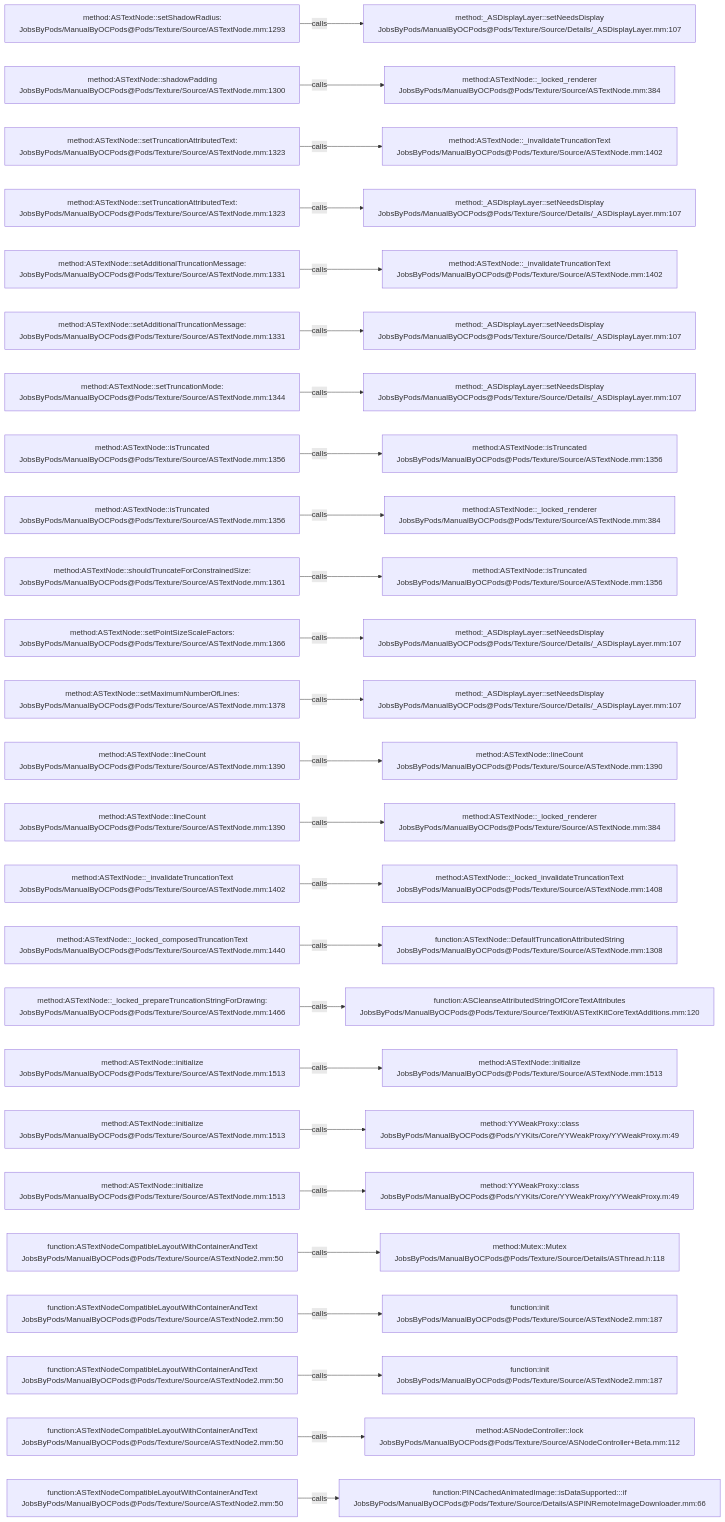
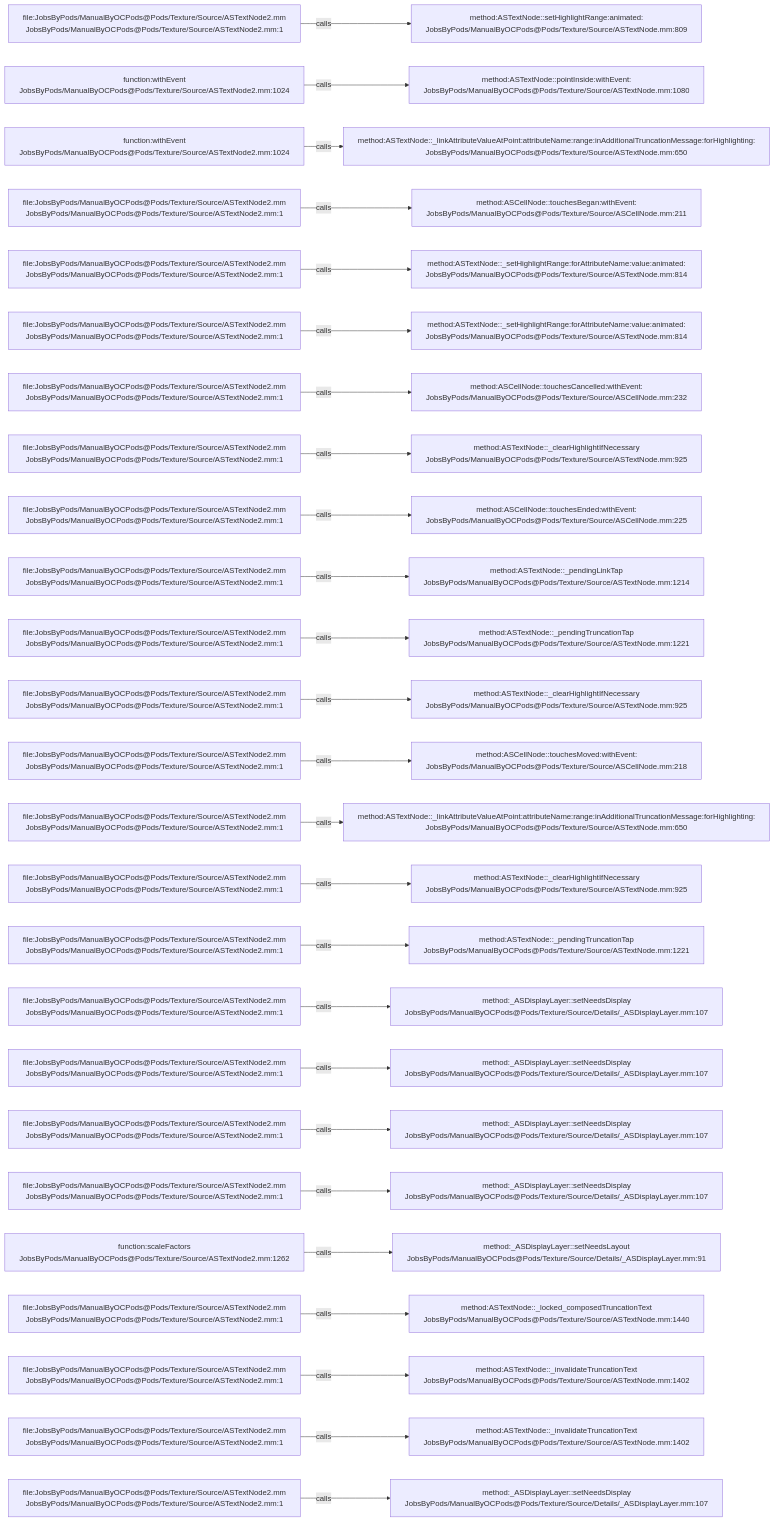
Before and after one commit to JobsKits/JobsOCBaseConfigDemo: the diagram in .codegraph/codegraph.md/graphs/calls-139.md, drawn with Mermaid. The commit also changed 1353 other files, not shown here.

````diff
--- a/.codegraph/codegraph.md/graphs/calls-139.md
+++ b/.codegraph/codegraph.md/graphs/calls-139.md
@@ -13,78 +13,78 @@
 ```mermaid
 flowchart LR
-  S1["method:ASTextNode::setShadowRadius:<br/>JobsByPods/ManualByOCPods@Pods/Texture/Source/ASTextNode.mm:1293"]
-  T1["method:_ASDisplayLayer::setNeedsDisplay<br/>JobsByPods/ManualByOCPods@Pods/Texture/Source/Details/_ASDisplayLayer.mm:107"]
+  S1["file:JobsByPods/ManualByOCPods@Pods/Texture/Source/ASTextNode2.mm<br/>JobsByPods/ManualByOCPods@Pods/Texture/Source/ASTextNode2.mm:1"]
+  T1["method:ASTextNode::setHighlightRange:animated:<br/>JobsByPods/ManualByOCPods@Pods/Texture/Source/ASTextNode.mm:809"]
   S1 -->|calls| T1
-  S2["method:ASTextNode::shadowPadding<br/>JobsByPods/ManualByOCPods@Pods/Texture/Source/ASTextNode.mm:1300"]
-  T2["method:ASTextNode::_locked_renderer<br/>JobsByPods/ManualByOCPods@Pods/Texture/Source/ASTextNode.mm:384"]
+  S2["function:withEvent<br/>JobsByPods/ManualByOCPods@Pods/Texture/Source/ASTextNode2.mm:1024"]
+  T2["method:ASTextNode::pointInside:withEvent:<br/>JobsByPods/ManualByOCPods@Pods/Texture/Source/ASTextNode.mm:1080"]
   S2 -->|calls| T2
-  S3["method:ASTextNode::setTruncationAttributedText:<br/>JobsByPods/ManualByOCPods@Pods/Texture/Source/ASTextNode.mm:1323"]
-  T3["method:ASTextNode::_invalidateTruncationText<br/>JobsByPods/ManualByOCPods@Pods/Texture/Source/ASTextNode.mm:1402"]
+  S3["function:withEvent<br/>JobsByPods/ManualByOCPods@Pods/Texture/Source/ASTextNode2.mm:1024"]
+  T3["method:ASTextNode::_linkAttributeValueAtPoint:attributeName:range:inAdditionalTruncationMessage:forHighlighting:<br/>JobsByPods/ManualByOCPods@Pods/Texture/Source/ASTextNode.mm:650"]
   S3 -->|calls| T3
-  S4["method:ASTextNode::setTruncationAttributedText:<br/>JobsByPods/ManualByOCPods@Pods/Texture/Source/ASTextNode.mm:1323"]
-  T4["method:_ASDisplayLayer::setNeedsDisplay<br/>JobsByPods/ManualByOCPods@Pods/Texture/Source/Details/_ASDisplayLayer.mm:107"]
+  S4["file:JobsByPods/ManualByOCPods@Pods/Texture/Source/ASTextNode2.mm<br/>JobsByPods/ManualByOCPods@Pods/Texture/Source/ASTextNode2.mm:1"]
+  T4["method:ASCellNode::touchesBegan:withEvent:<br/>JobsByPods/ManualByOCPods@Pods/Texture/Source/ASCellNode.mm:211"]
   S4 -->|calls| T4
-  S5["method:ASTextNode::setAdditionalTruncationMessage:<br/>JobsByPods/ManualByOCPods@Pods/Texture/Source/ASTextNode.mm:1331"]
-  T5["method:ASTextNode::_invalidateTruncationText<br/>JobsByPods/ManualByOCPods@Pods/Texture/Source/ASTextNode.mm:1402"]
+  S5["file:JobsByPods/ManualByOCPods@Pods/Texture/Source/ASTextNode2.mm<br/>JobsByPods/ManualByOCPods@Pods/Texture/Source/ASTextNode2.mm:1"]
+  T5["method:ASTextNode::_setHighlightRange:forAttributeName:value:animated:<br/>JobsByPods/ManualByOCPods@Pods/Texture/Source/ASTextNode.mm:814"]
   S5 -->|calls| T5
-  S6["method:ASTextNode::setAdditionalTruncationMessage:<br/>JobsByPods/ManualByOCPods@Pods/Texture/Source/ASTextNode.mm:1331"]
-  T6["method:_ASDisplayLayer::setNeedsDisplay<br/>JobsByPods/ManualByOCPods@Pods/Texture/Source/Details/_ASDisplayLayer.mm:107"]
+  S6["file:JobsByPods/ManualByOCPods@Pods/Texture/Source/ASTextNode2.mm<br/>JobsByPods/ManualByOCPods@Pods/Texture/Source/ASTextNode2.mm:1"]
+  T6["method:ASTextNode::_setHighlightRange:forAttributeName:value:animated:<br/>JobsByPods/ManualByOCPods@Pods/Texture/Source/ASTextNode.mm:814"]
   S6 -->|calls| T6
-  S7["method:ASTextNode::setTruncationMode:<br/>JobsByPods/ManualByOCPods@Pods/Texture/Source/ASTextNode.mm:1344"]
-  T7["method:_ASDisplayLayer::setNeedsDisplay<br/>JobsByPods/ManualByOCPods@Pods/Texture/Source/Details/_ASDisplayLayer.mm:107"]
+  S7["file:JobsByPods/ManualByOCPods@Pods/Texture/Source/ASTextNode2.mm<br/>JobsByPods/ManualByOCPods@Pods/Texture/Source/ASTextNode2.mm:1"]
+  T7["method:ASCellNode::touchesCancelled:withEvent:<br/>JobsByPods/ManualByOCPods@Pods/Texture/Source/ASCellNode.mm:232"]
   S7 -->|calls| T7
-  S8["method:ASTextNode::isTruncated<br/>JobsByPods/ManualByOCPods@Pods/Texture/Source/ASTextNode.mm:1356"]
-  T8["method:ASTextNode::isTruncated<br/>JobsByPods/ManualByOCPods@Pods/Texture/Source/ASTextNode.mm:1356"]
+  S8["file:JobsByPods/ManualByOCPods@Pods/Texture/Source/ASTextNode2.mm<br/>JobsByPods/ManualByOCPods@Pods/Texture/Source/ASTextNode2.mm:1"]
+  T8["method:ASTextNode::_clearHighlightIfNecessary<br/>JobsByPods/ManualByOCPods@Pods/Texture/Source/ASTextNode.mm:925"]
   S8 -->|calls| T8
-  S9["method:ASTextNode::isTruncated<br/>JobsByPods/ManualByOCPods@Pods/Texture/Source/ASTextNode.mm:1356"]
-  T9["method:ASTextNode::_locked_renderer<br/>JobsByPods/ManualByOCPods@Pods/Texture/Source/ASTextNode.mm:384"]
+  S9["file:JobsByPods/ManualByOCPods@Pods/Texture/Source/ASTextNode2.mm<br/>JobsByPods/ManualByOCPods@Pods/Texture/Source/ASTextNode2.mm:1"]
+  T9["method:ASCellNode::touchesEnded:withEvent:<br/>JobsByPods/ManualByOCPods@Pods/Texture/Source/ASCellNode.mm:225"]
   S9 -->|calls| T9
-  S10["method:ASTextNode::shouldTruncateForConstrainedSize:<br/>JobsByPods/ManualByOCPods@Pods/Texture/Source/ASTextNode.mm:1361"]
-  T10["method:ASTextNode::isTruncated<br/>JobsByPods/ManualByOCPods@Pods/Texture/Source/ASTextNode.mm:1356"]
+  S10["file:JobsByPods/ManualByOCPods@Pods/Texture/Source/ASTextNode2.mm<br/>JobsByPods/ManualByOCPods@Pods/Texture/Source/ASTextNode2.mm:1"]
+  T10["method:ASTextNode::_pendingLinkTap<br/>JobsByPods/ManualByOCPods@Pods/Texture/Source/ASTextNode.mm:1214"]
   S10 -->|calls| T10
-  S11["method:ASTextNode::setPointSizeScaleFactors:<br/>JobsByPods/ManualByOCPods@Pods/Texture/Source/ASTextNode.mm:1366"]
-  T11["method:_ASDisplayLayer::setNeedsDisplay<br/>JobsByPods/ManualByOCPods@Pods/Texture/Source/Details/_ASDisplayLayer.mm:107"]
+  S11["file:JobsByPods/ManualByOCPods@Pods/Texture/Source/ASTextNode2.mm<br/>JobsByPods/ManualByOCPods@Pods/Texture/Source/ASTextNode2.mm:1"]
+  T11["method:ASTextNode::_pendingTruncationTap<br/>JobsByPods/ManualByOCPods@Pods/Texture/Source/ASTextNode.mm:1221"]
   S11 -->|calls| T11
-  S12["method:ASTextNode::setMaximumNumberOfLines:<br/>JobsByPods/ManualByOCPods@Pods/Texture/Source/ASTextNode.mm:1378"]
-  T12["method:_ASDisplayLayer::setNeedsDisplay<br/>JobsByPods/ManualByOCPods@Pods/Texture/Source/Details/_ASDisplayLayer.mm:107"]
+  S12["file:JobsByPods/ManualByOCPods@Pods/Texture/Source/ASTextNode2.mm<br/>JobsByPods/ManualByOCPods@Pods/Texture/Source/ASTextNode2.mm:1"]
+  T12["method:ASTextNode::_clearHighlightIfNecessary<br/>JobsByPods/ManualByOCPods@Pods/Texture/Source/ASTextNode.mm:925"]
   S12 -->|calls| T12
-  S13["method:ASTextNode::lineCount<br/>JobsByPods/ManualByOCPods@Pods/Texture/Source/ASTextNode.mm:1390"]
-  T13["method:ASTextNode::lineCount<br/>JobsByPods/ManualByOCPods@Pods/Texture/Source/ASTextNode.mm:1390"]
+  S13["file:JobsByPods/ManualByOCPods@Pods/Texture/Source/ASTextNode2.mm<br/>JobsByPods/ManualByOCPods@Pods/Texture/Source/ASTextNode2.mm:1"]
+  T13["method:ASCellNode::touchesMoved:withEvent:<br/>JobsByPods/ManualByOCPods@Pods/Texture/Source/ASCellNode.mm:218"]
   S13 -->|calls| T13
-  S14["method:ASTextNode::lineCount<br/>JobsByPods/ManualByOCPods@Pods/Texture/Source/ASTextNode.mm:1390"]
-  T14["method:ASTextNode::_locked_renderer<br/>JobsByPods/ManualByOCPods@Pods/Texture/Source/ASTextNode.mm:384"]
+  S14["file:JobsByPods/ManualByOCPods@Pods/Texture/Source/ASTextNode2.mm<br/>JobsByPods/ManualByOCPods@Pods/Texture/Source/ASTextNode2.mm:1"]
+  T14["method:ASTextNode::_linkAttributeValueAtPoint:attributeName:range:inAdditionalTruncationMessage:forHighlighting:<br/>JobsByPods/ManualByOCPods@Pods/Texture/Source/ASTextNode.mm:650"]
   S14 -->|calls| T14
-  S15["method:ASTextNode::_invalidateTruncationText<br/>JobsByPods/ManualByOCPods@Pods/Texture/Source/ASTextNode.mm:1402"]
-  T15["method:ASTextNode::_locked_invalidateTruncationText<br/>JobsByPods/ManualByOCPods@Pods/Texture/Source/ASTextNode.mm:1408"]
+  S15["file:JobsByPods/ManualByOCPods@Pods/Texture/Source/ASTextNode2.mm<br/>JobsByPods/ManualByOCPods@Pods/Texture/Source/ASTextNode2.mm:1"]
+  T15["method:ASTextNode::_clearHighlightIfNecessary<br/>JobsByPods/ManualByOCPods@Pods/Texture/Source/ASTextNode.mm:925"]
   S15 -->|calls| T15
-  S16["method:ASTextNode::_locked_composedTruncationText<br/>JobsByPods/ManualByOCPods@Pods/Texture/Source/ASTextNode.mm:1440"]
-  T16["function:ASTextNode::DefaultTruncationAttributedString<br/>JobsByPods/ManualByOCPods@Pods/Texture/Source/ASTextNode.mm:1308"]
+  S16["file:JobsByPods/ManualByOCPods@Pods/Texture/Source/ASTextNode2.mm<br/>JobsByPods/ManualByOCPods@Pods/Texture/Source/ASTextNode2.mm:1"]
+  T16["method:ASTextNode::_pendingTruncationTap<br/>JobsByPods/ManualByOCPods@Pods/Texture/Source/ASTextNode.mm:1221"]
   S16 -->|calls| T16
-  S17["method:ASTextNode::_locked_prepareTruncationStringForDrawing:<br/>JobsByPods/ManualByOCPods@Pods/Texture/Source/ASTextNode.mm:1466"]
-  T17["function:ASCleanseAttributedStringOfCoreTextAttributes<br/>JobsByPods/ManualByOCPods@Pods/Texture/Source/TextKit/ASTextKitCoreTextAdditions.mm:120"]
+  S17["file:JobsByPods/ManualByOCPods@Pods/Texture/Source/ASTextNode2.mm<br/>JobsByPods/ManualByOCPods@Pods/Texture/Source/ASTextNode2.mm:1"]
+  T17["method:_ASDisplayLayer::setNeedsDisplay<br/>JobsByPods/ManualByOCPods@Pods/Texture/Source/Details/_ASDisplayLayer.mm:107"]
   S17 -->|calls| T17
-  S18["method:ASTextNode::initialize<br/>JobsByPods/ManualByOCPods@Pods/Texture/Source/ASTextNode.mm:1513"]
-  T18["method:ASTextNode::initialize<br/>JobsByPods/ManualByOCPods@Pods/Texture/Source/ASTextNode.mm:1513"]
+  S18["file:JobsByPods/ManualByOCPods@Pods/Texture/Source/ASTextNode2.mm<br/>JobsByPods/ManualByOCPods@Pods/Texture/Source/ASTextNode2.mm:1"]
+  T18["method:_ASDisplayLayer::setNeedsDisplay<br/>JobsByPods/ManualByOCPods@Pods/Texture/Source/Details/_ASDisplayLayer.mm:107"]
   S18 -->|calls| T18
-  S19["method:ASTextNode::initialize<br/>JobsByPods/ManualByOCPods@Pods/Texture/Source/ASTextNode.mm:1513"]
-  T19["method:YYWeakProxy::class<br/>JobsByPods/ManualByOCPods@Pods/YYKits/Core/YYWeakProxy/YYWeakProxy.m:49"]
+  S19["file:JobsByPods/ManualByOCPods@Pods/Texture/Source/ASTextNode2.mm<br/>JobsByPods/ManualByOCPods@Pods/Texture/Source/ASTextNode2.mm:1"]
+  T19["method:_ASDisplayLayer::setNeedsDisplay<br/>JobsByPods/ManualByOCPods@Pods/Texture/Source/Details/_ASDisplayLayer.mm:107"]
   S19 -->|calls| T19
-  S20["method:ASTextNode::initialize<br/>JobsByPods/ManualByOCPods@Pods/Texture/Source/ASTextNode.mm:1513"]
-  T20["method:YYWeakProxy::class<br/>JobsByPods/ManualByOCPods@Pods/YYKits/Core/YYWeakProxy/YYWeakProxy.m:49"]
+  S20["file:JobsByPods/ManualByOCPods@Pods/Texture/Source/ASTextNode2.mm<br/>JobsByPods/ManualByOCPods@Pods/Texture/Source/ASTextNode2.mm:1"]
+  T20["method:_ASDisplayLayer::setNeedsDisplay<br/>JobsByPods/ManualByOCPods@Pods/Texture/Source/Details/_ASDisplayLayer.mm:107"]
   S20 -->|calls| T20
-  S21["function:ASTextNodeCompatibleLayoutWithContainerAndText<br/>JobsByPods/ManualByOCPods@Pods/Texture/Source/ASTextNode2.mm:50"]
-  T21["method:Mutex::Mutex<br/>JobsByPods/ManualByOCPods@Pods/Texture/Source/Details/ASThread.h:118"]
+  S21["function:scaleFactors<br/>JobsByPods/ManualByOCPods@Pods/Texture/Source/ASTextNode2.mm:1262"]
+  T21["method:_ASDisplayLayer::setNeedsLayout<br/>JobsByPods/ManualByOCPods@Pods/Texture/Source/Details/_ASDisplayLayer.mm:91"]
   S21 -->|calls| T21
-  S22["function:ASTextNodeCompatibleLayoutWithContainerAndText<br/>JobsByPods/ManualByOCPods@Pods/Texture/Source/ASTextNode2.mm:50"]
-  T22["function:init<br/>JobsByPods/ManualByOCPods@Pods/Texture/Source/ASTextNode2.mm:187"]
+  S22["file:JobsByPods/ManualByOCPods@Pods/Texture/Source/ASTextNode2.mm<br/>JobsByPods/ManualByOCPods@Pods/Texture/Source/ASTextNode2.mm:1"]
+  T22["method:ASTextNode::_locked_composedTruncationText<br/>JobsByPods/ManualByOCPods@Pods/Texture/Source/ASTextNode.mm:1440"]
   S22 -->|calls| T22
-  S23["function:ASTextNodeCompatibleLayoutWithContainerAndText<br/>JobsByPods/ManualByOCPods@Pods/Texture/Source/ASTextNode2.mm:50"]
-  T23["function:init<br/>JobsByPods/ManualByOCPods@Pods/Texture/Source/ASTextNode2.mm:187"]
+  S23["file:JobsByPods/ManualByOCPods@Pods/Texture/Source/ASTextNode2.mm<br/>JobsByPods/ManualByOCPods@Pods/Texture/Source/ASTextNode2.mm:1"]
+  T23["method:ASTextNode::_invalidateTruncationText<br/>JobsByPods/ManualByOCPods@Pods/Texture/Source/ASTextNode.mm:1402"]
   S23 -->|calls| T23
-  S24["function:ASTextNodeCompatibleLayoutWithContainerAndText<br/>JobsByPods/ManualByOCPods@Pods/Texture/Source/ASTextNode2.mm:50"]
-  T24["method:ASNodeController::lock<br/>JobsByPods/ManualByOCPods@Pods/Texture/Source/ASNodeController+Beta.mm:112"]
+  S24["file:JobsByPods/ManualByOCPods@Pods/Texture/Source/ASTextNode2.mm<br/>JobsByPods/ManualByOCPods@Pods/Texture/Source/ASTextNode2.mm:1"]
+  T24["method:ASTextNode::_invalidateTruncationText<br/>JobsByPods/ManualByOCPods@Pods/Texture/Source/ASTextNode.mm:1402"]
   S24 -->|calls| T24
-  S25["function:ASTextNodeCompatibleLayoutWithContainerAndText<br/>JobsByPods/ManualByOCPods@Pods/Texture/Source/ASTextNode2.mm:50"]
-  T25["function:PINCachedAnimatedImage::isDataSupported:::if<br/>JobsByPods/ManualByOCPods@Pods/Texture/Source/Details/ASPINRemoteImageDownloader.mm:66"]
+  S25["file:JobsByPods/ManualByOCPods@Pods/Texture/Source/ASTextNode2.mm<br/>JobsByPods/ManualByOCPods@Pods/Texture/Source/ASTextNode2.mm:1"]
+  T25["method:_ASDisplayLayer::setNeedsDisplay<br/>JobsByPods/ManualByOCPods@Pods/Texture/Source/Details/_ASDisplayLayer.mm:107"]
   S25 -->|calls| T25
 ```
````
